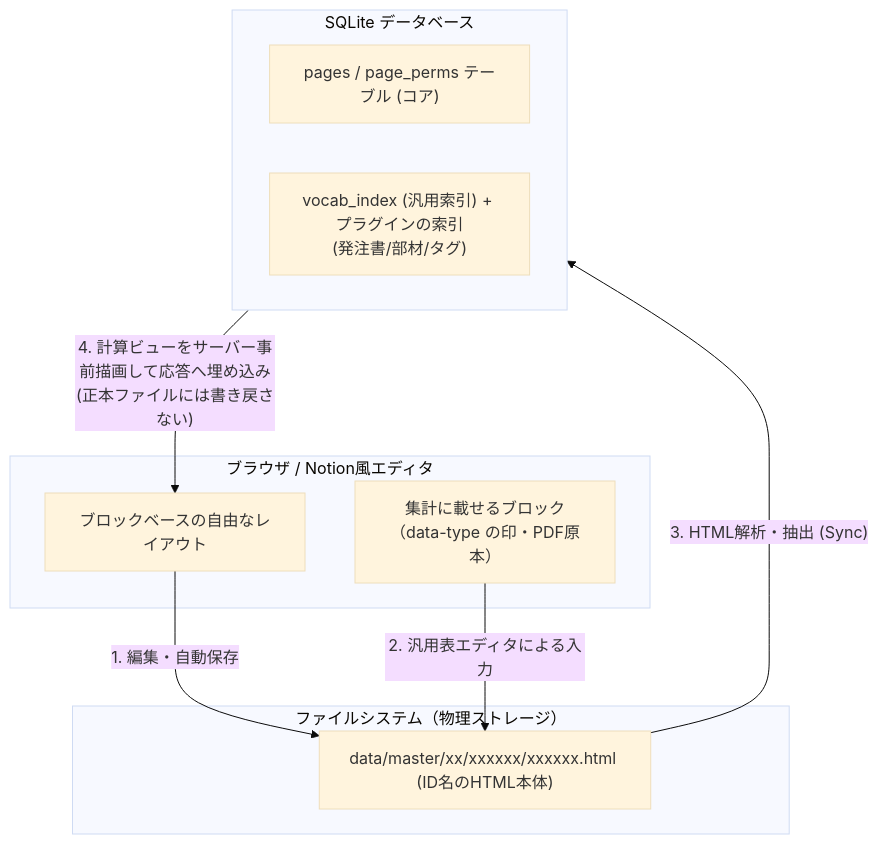
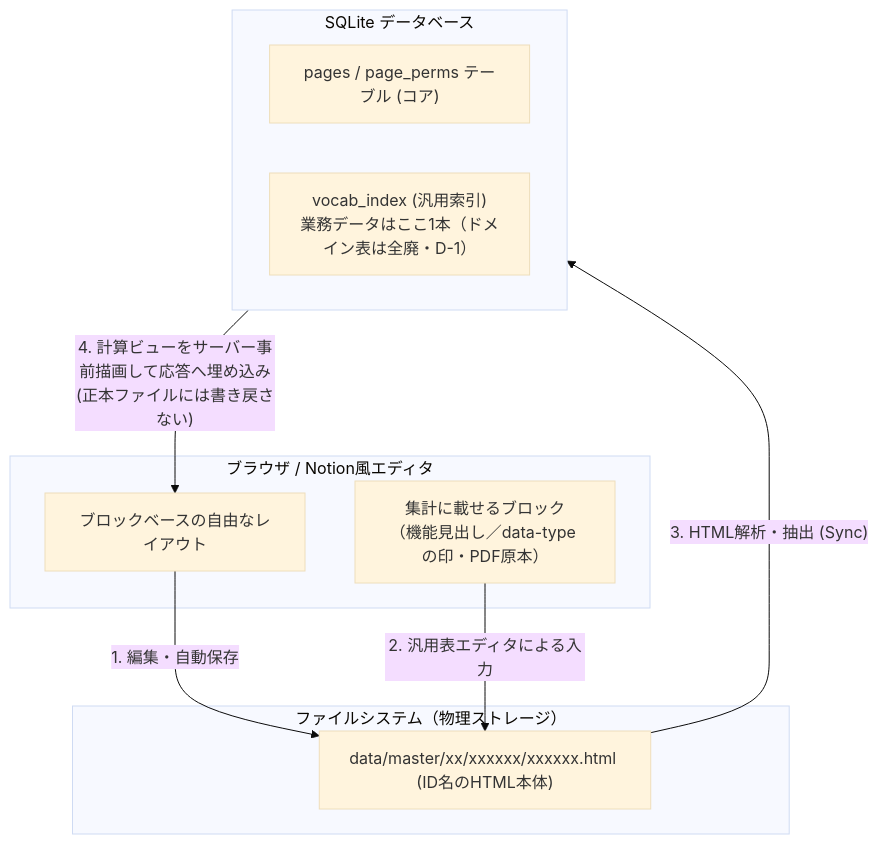
One commit to wordring/w-cms changed the diagram in docs/コンセプト.md. Above: the diagram before and after it, drawn with Mermaid (base theme). The commit also changed other lines of this file and 22 other files, not shown here.

````diff
--- a/docs/コンセプト.md
+++ b/docs/コンセプト.md
@@ -43,21 +43,21 @@
 ```mermaid
 graph TD
     subgraph Browser ["ブラウザ / Notion風エディタ"]
         UI[ブロックベースの自由なレイアウト]
-        FBlock["集計に載せるブロック<br>（data-type の印・PDF原本）"]
+        FBlock["集計に載せるブロック<br>（機能見出し／data-type の印・PDF原本）"]
     end
 
     subgraph Storage ["ファイルシステム（物理ストレージ）"]
         F1["data/master/xx/xxxxxx/xxxxxx.html (ID名のHTML本体)"]
     end
 
     subgraph DB ["SQLite データベース"]
         T1["pages / page_perms テーブル (コア)"]
-        T2["vocab_index (汎用索引) + プラグインの索引<br>(発注書/部材/タグ)"]
+        T2["vocab_index (汎用索引)<br>業務データはここ1本（ドメイン表は全廃・D-1）"]
     end
 
     UI -- "1. 編集・自動保存" --> F1
     FBlock -- "2. 汎用表エディタによる入力" --> F1
     F1 -- "3. HTML解析・抽出 (Sync)" --> DB
     DB -- "4. 計算ビューをサーバー事前描画して応答へ埋め込み<br>(正本ファイルには書き戻さない)" --> UI
 ```
````
